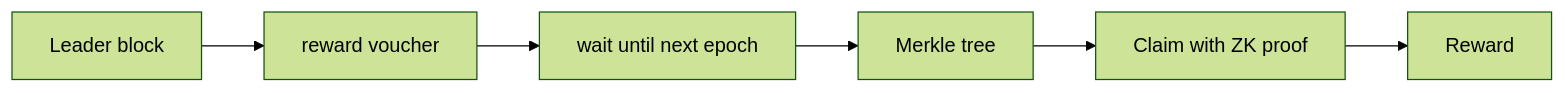
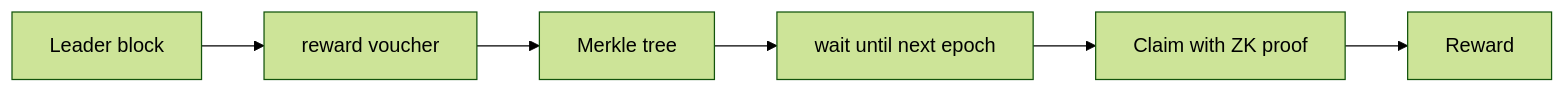
One commit to logos-co/logos-lips changed the diagram in docs/blockchain/raw/bedrock-anonymous-leaders-reward.md. Above: the diagram before and after it, drawn with Mermaid (forest theme). The commit also changed other lines of this file and 15 other files, not shown here.

````diff
--- a/docs/blockchain/raw/bedrock-anonymous-leaders-reward.md
+++ b/docs/blockchain/raw/bedrock-anonymous-leaders-reward.md
@@ -40,7 +41,7 @@
 ```mermaid
 graph LR
     A[Leader block] --> B[reward voucher]
-    B --> F[wait until next epoch] --> C[Merkle tree]
-    C --> D[Claim with ZK proof]
+    B --> C[Merkle tree] --> F[wait until next epoch]
+    F --> D[Claim with ZK proof]
     D --> E[Reward]
 ```
````
